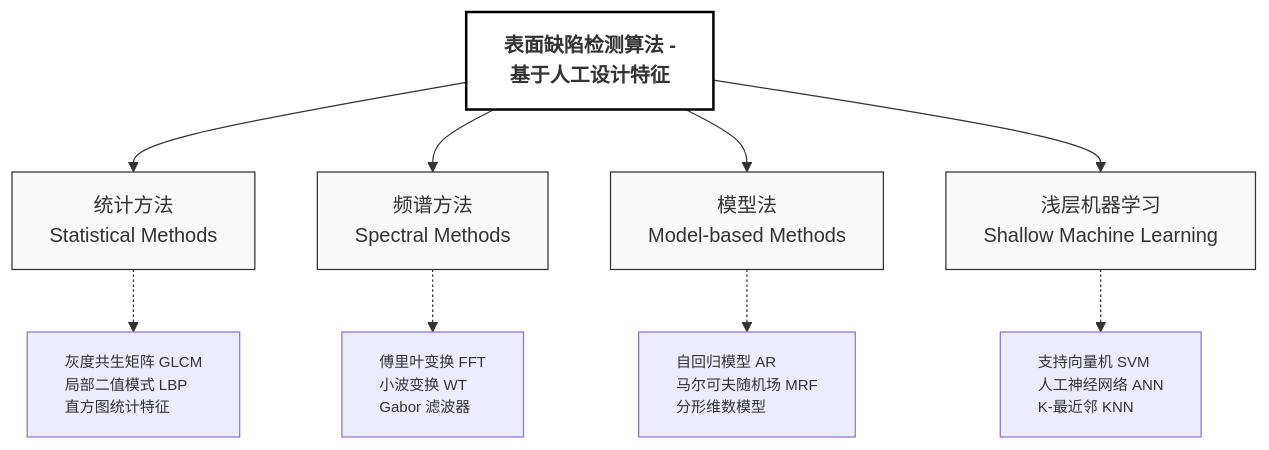
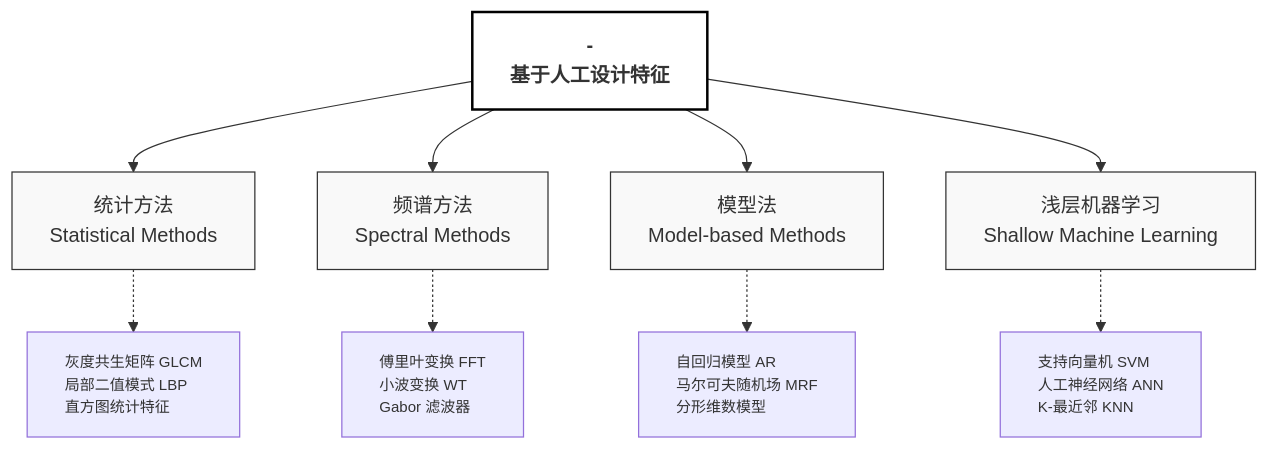
One commit to MAOSHENGsong/iodraw-files changed the diagram in all/未命名-1.md. Above: the diagram before and after it, drawn with Mermaid.

Commit message:
2026-03-17 18:16:58 update

````diff
--- a/all/未命名-1.md
+++ b/all/未命名-1.md
@@ -1,42 +1,42 @@
 ```mermaid
 graph TB
     %% 核心标题
-    Main[表面缺陷检测算法 - 
+    Main[ - 
     基于人工设计特征] 
     
     %% 第一层级：四大分支
     Statistical[统计方法<br/>Statistical Methods]
     Spectral[频谱方法<br/>Spectral Methods]
     Model[模型法<br/>Model-based Methods]
     Machine[浅层机器学习<br/>Shallow Machine Learning]
 
     %% 第二层级：典型算法
     Sub_Stat[灰度共生矩阵 GLCM<br/>局部二值模式 LBP<br/>直方图统计特征]
     Sub_Spec[傅里叶变换 FFT<br/>小波变换 WT<br/>Gabor 滤波器]
     Sub_Mod[自回归模型 AR<br/>马尔可夫随机场 MRF<br/>分形维数模型]
     Sub_Mach[支持向量机 SVM<br/>人工神经网络 ANN<br/>K-最近邻 KNN]
 
     %% 建立连接
     Main --> Statistical
     Main --> Spectral
     Main --> Model
     Main --> Machine
 
     Statistical -.-> Sub_Stat
     Spectral -.-> Sub_Spec
     Model -.-> Sub_Mod
     Machine -.-> Sub_Mach
 
     %% 样式美化：论文通常使用白底黑字或淡色调
     style Main fill:#ffffff,stroke:#000,stroke-width:2px,font-weight:bold
     style Statistical fill:#f9f9f9,stroke:#333,stroke-width:1px
     style Spectral fill:#f9f9f9,stroke:#333,stroke-width:1px
     style Model fill:#f9f9f9,stroke:#333,stroke-width:1px
     style Machine fill:#f9f9f9,stroke:#333,stroke-width:1px
     
     %% 细化子项样式
     style Sub_Stat font-size:12px,text-align:left
     style Sub_Spec font-size:12px,text-align:left
     style Sub_Mod font-size:12px,text-align:left
     style Sub_Mach font-size:12px,text-align:left
 ```
````
